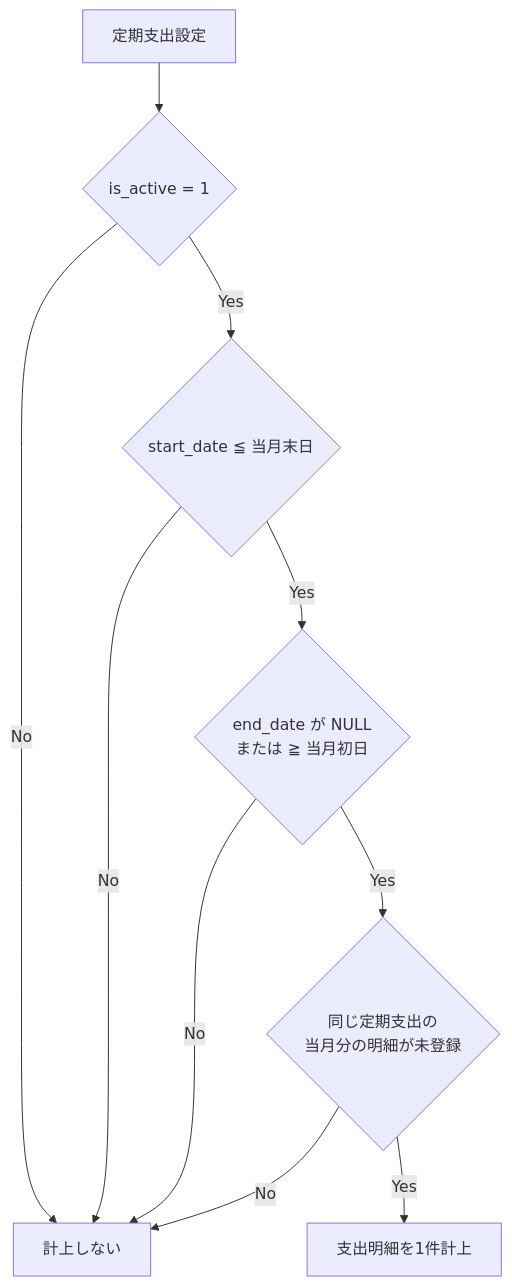
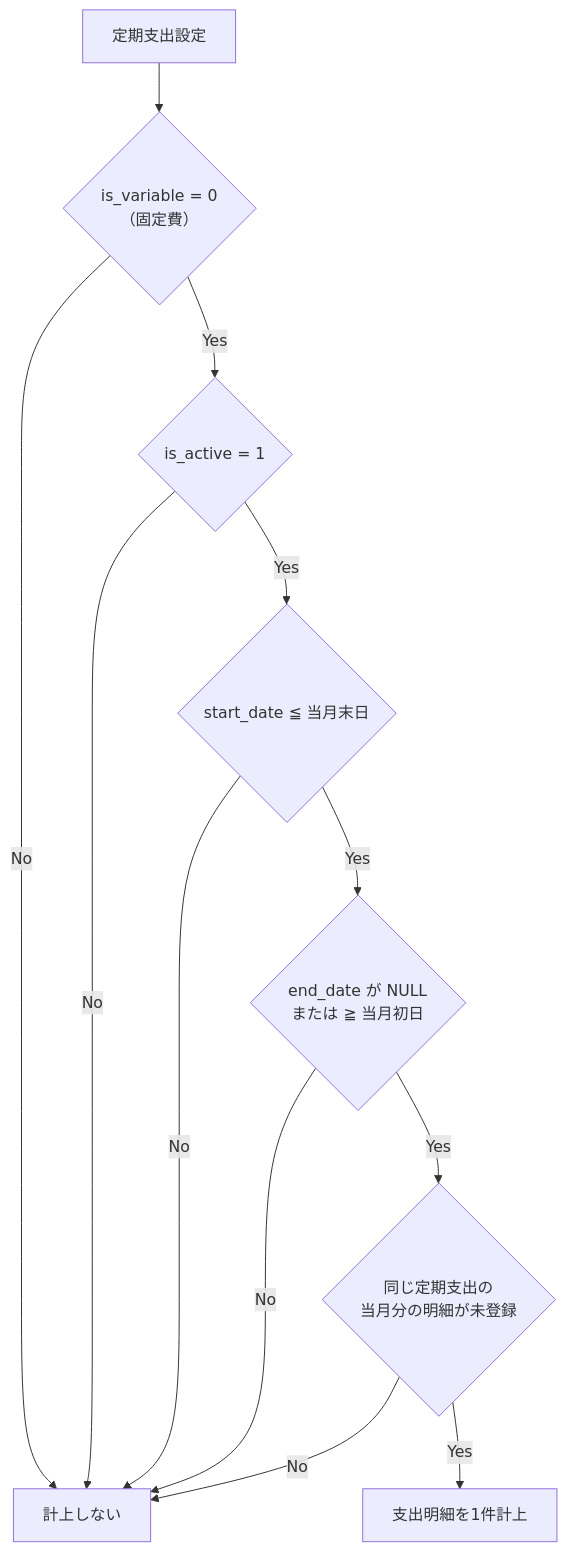
Before and after one commit to Kai17-a/kakeibo-app: the second of 3 diagrams in docs/design/recurring-expense-posting.md, drawn with Mermaid. The commit also changed other lines of this file and 1 other file, not shown here.

````diff
--- a/docs/design/recurring-expense-posting.md
+++ b/docs/design/recurring-expense-posting.md
@@ -54,12 +54,14 @@
 ```mermaid
 flowchart TD
-  A[定期支出設定] --> B{is_active = 1}
+  A[定期支出設定] --> V{is_variable = 0<br/>（固定費）}
+  V -- No --> Z[計上しない]
+  V -- Yes --> B{is_active = 1}
   B -- No --> Z[計上しない]
   B -- Yes --> C{start_date ≦ 当月末日}
   C -- No --> Z
   C -- Yes --> D{end_date が NULL<br/>または ≧ 当月初日}
   D -- No --> Z
   D -- Yes --> E{同じ定期支出の<br/>当月分の明細が未登録}
   E -- No --> Z
   E -- Yes --> F[支出明細を1件計上]
 ```
````
